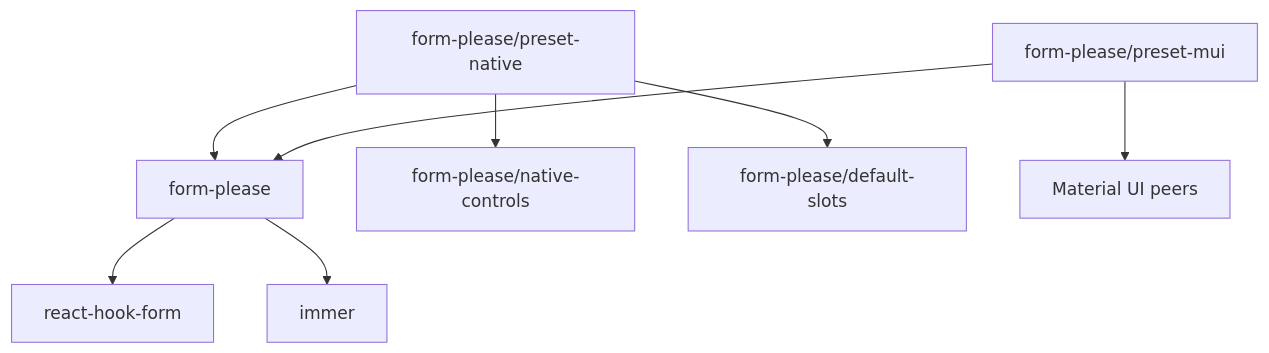
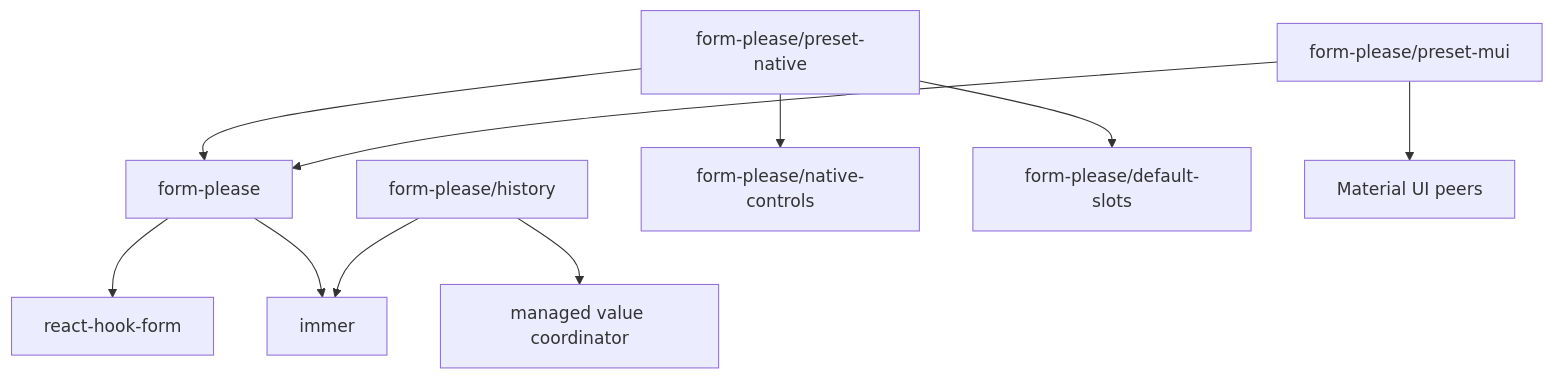
Before and after one commit to r13v/fokit: the diagram in docs/ARCHITECTURE.md, drawn with Mermaid. The commit also changed other lines of this file and 39 other files, not shown here.

````diff
--- a/docs/ARCHITECTURE.md
+++ b/docs/ARCHITECTURE.md
@@ -24,10 +25,12 @@
 ```mermaid
 flowchart TD
     Root["form-please"] --> RHF["react-hook-form"]
     Root --> Immer["immer"]
+    History["form-please/history"] --> Coordinator["managed value coordinator"]
+    History --> Immer
     NativePreset["form-please/preset-native"] --> Root
     NativePreset --> NativeControls["form-please/native-controls"]
     NativePreset --> DefaultSlots["form-please/default-slots"]
     MuiPreset["form-please/preset-mui"] --> Root
     MuiPreset --> Mui["Material UI peers"]
 ```
````
